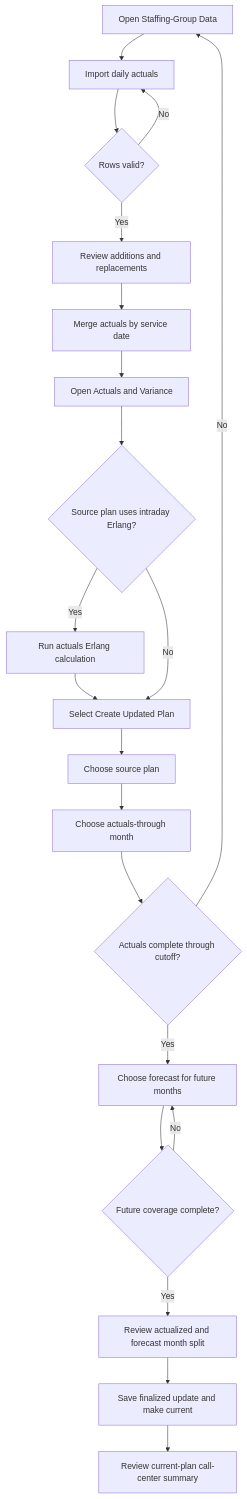
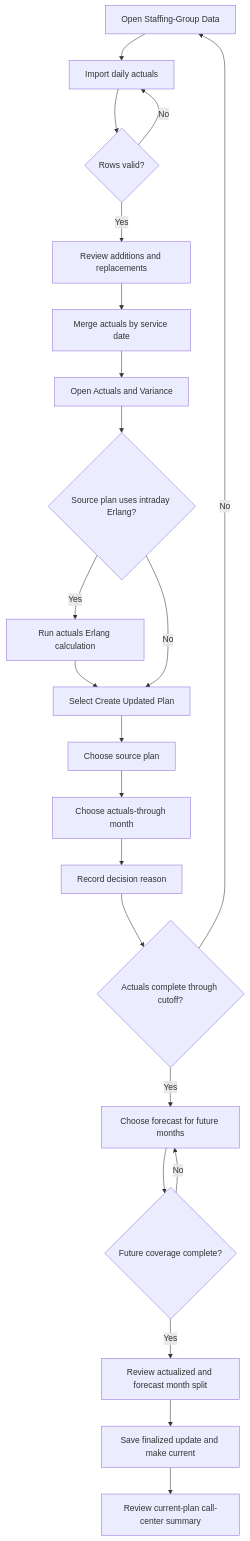
The sixth of 7 diagrams in specs/design/SCREEN-WORKFLOWS.md (kanderson1221/wfmtoolkit), drawn with Mermaid before and after one commit. The commit also changed other lines of this file and 29 other files, not shown here.

````diff
--- a/specs/design/SCREEN-WORKFLOWS.md
+++ b/specs/design/SCREEN-WORKFLOWS.md
@@ -241,31 +241,32 @@
 ```mermaid
 flowchart TD
     Data["Open Staffing-Group Data"]
     Import["Import daily actuals"]
     Validate{"Rows valid?"}
     Merge["Review additions and replacements"]
     Save["Merge actuals by service date"]
     Compare["Open Actuals and Variance"]
     Intraday{"Source plan uses intraday Erlang?"}
     RunActuals["Run actuals Erlang calculation"]
     CreateUpdate["Select Create Updated Plan"]
     Source["Choose source plan"]
     Cutoff["Choose actuals-through month"]
+    Reason["Record decision reason"]
     Complete{"Actuals complete through cutoff?"}
     Future["Choose forecast for future months"]
     Coverage{"Future coverage complete?"}
     Preview["Review actualized and forecast month split"]
     SaveUpdate["Save finalized update and make current"]
     Portfolio["Review current-plan call-center summary"]
 
     Data --> Import --> Validate
     Validate -- No --> Import
     Validate -- Yes --> Merge --> Save --> Compare --> Intraday
     Intraday -- Yes --> RunActuals --> CreateUpdate
     Intraday -- No --> CreateUpdate
-    CreateUpdate --> Source --> Cutoff --> Complete
+    CreateUpdate --> Source --> Cutoff --> Reason --> Complete
     Complete -- No --> Data
     Complete -- Yes --> Future --> Coverage
     Coverage -- No --> Future
     Coverage -- Yes --> Preview --> SaveUpdate --> Portfolio
 ```
````
